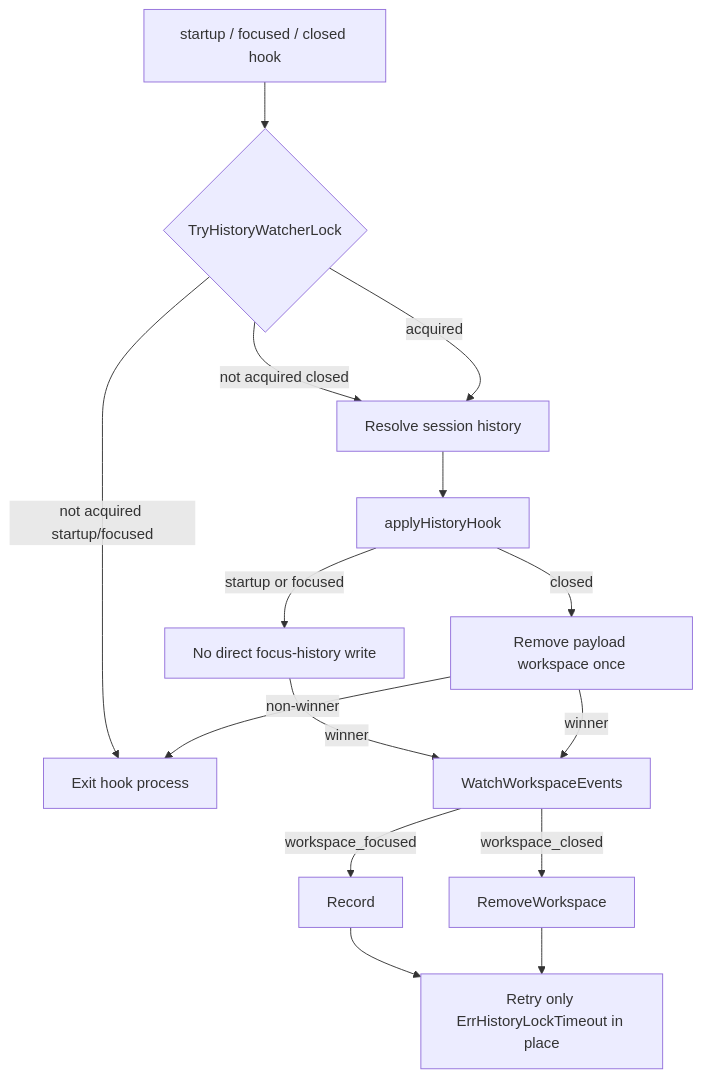
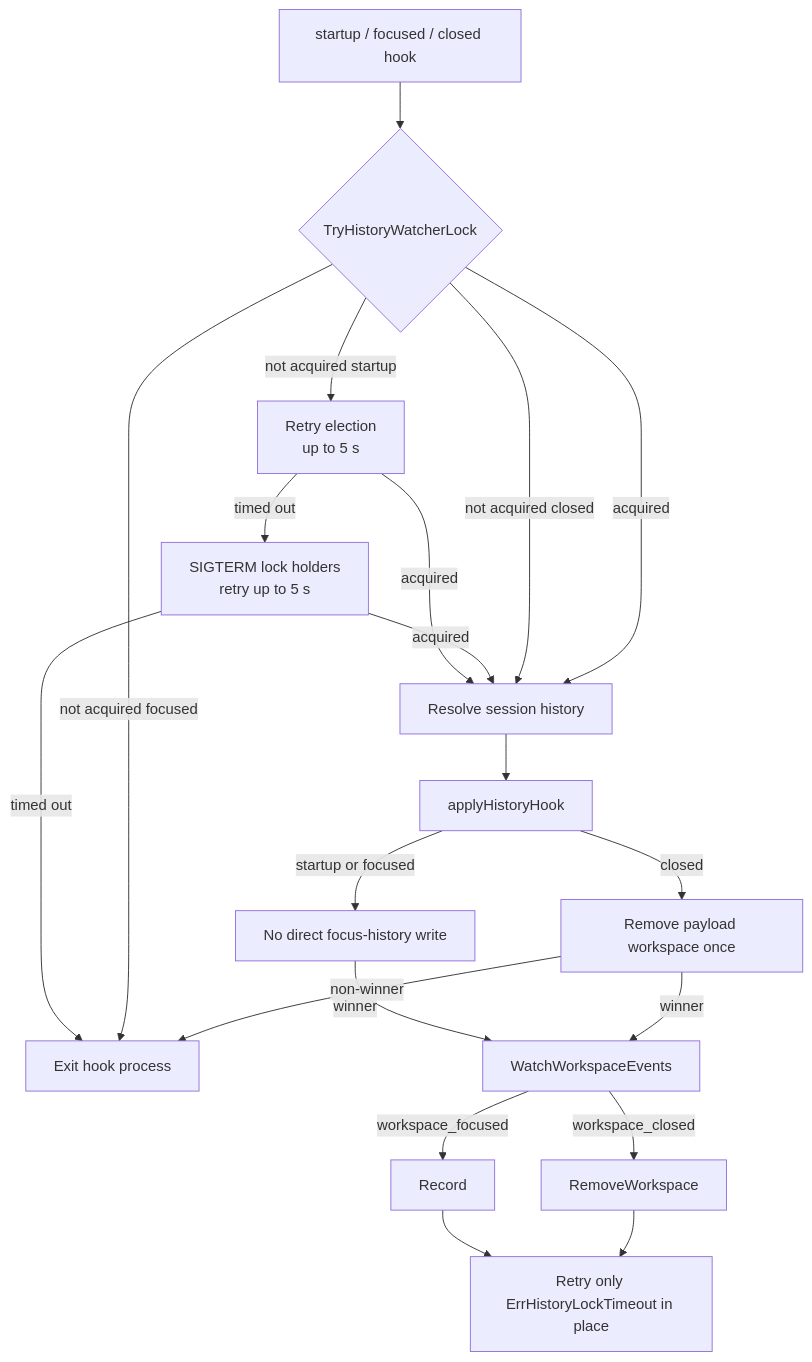
The first of 3 diagrams in docs/development/workspace-history.md (fullerzz/herdr-plugin-sesh), drawn with Mermaid before and after one commit. The commit also changed other lines of this file and 11 other files, not shown here.

````diff
--- a/docs/development/workspace-history.md
+++ b/docs/development/workspace-history.md
@@ -52,17 +62,22 @@
 ```mermaid
 flowchart TD
     Hook["startup / focused / closed hook"] --> Elect{"TryHistoryWatcherLock"}
-    Elect -->|not acquired startup/focused| Exit["Exit hook process"]
+    Elect -->|not acquired startup| Wait["Retry election<br/>up to 5 s"]
+    Wait -->|acquired| Resolve
+    Wait -->|timed out| Terminate["SIGTERM lock holders<br/>retry up to 5 s"]
+    Terminate -->|acquired| Resolve
+    Terminate -->|timed out| Exit
+    Elect -->|not acquired focused| Exit["Exit hook process"]
     Elect -->|not acquired closed| Resolve["Resolve session history"]
     Elect -->|acquired| Resolve
     Resolve --> Apply["applyHistoryHook"]
     Apply -->|startup or focused| NoWrite["No direct focus-history write"]
     Apply -->|closed| RemoveOnce["Remove payload workspace once"]
     NoWrite -->|winner| Watch["WatchWorkspaceEvents"]
     RemoveOnce -->|winner| Watch
     RemoveOnce -->|non-winner| Exit
     Watch -->|workspace_focused| Record["Record"]
     Watch -->|workspace_closed| Remove["RemoveWorkspace"]
     Record --> Retry["Retry only ErrHistoryLockTimeout in place"]
     Remove --> Retry
 ```
````
